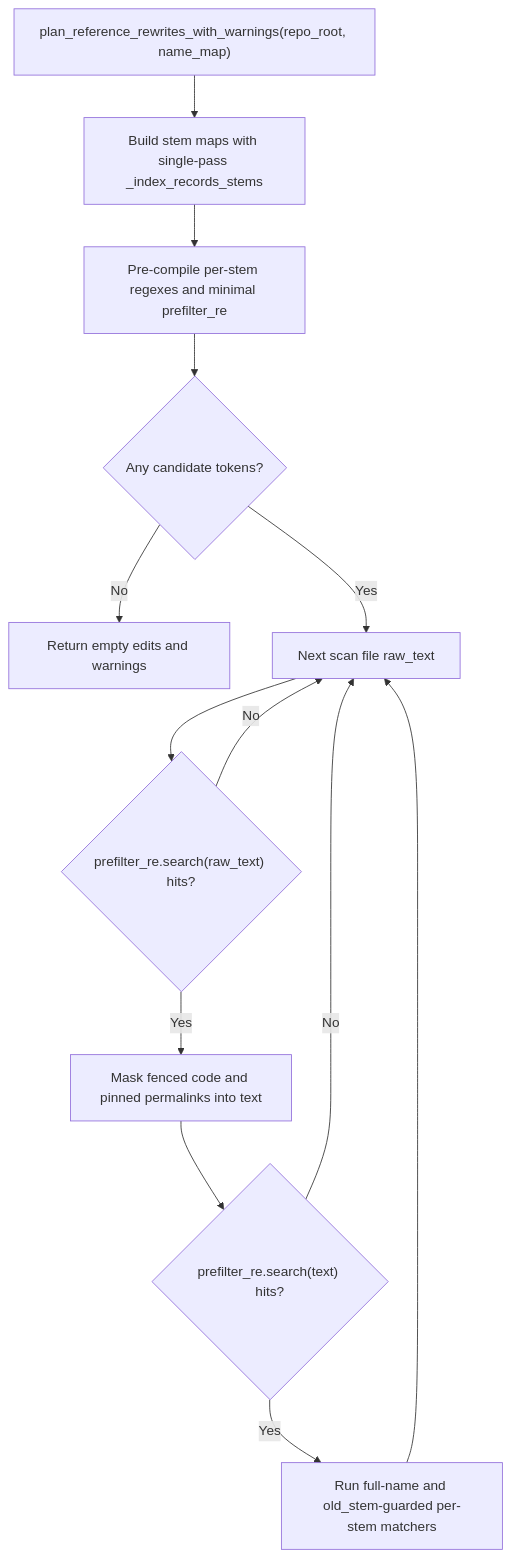
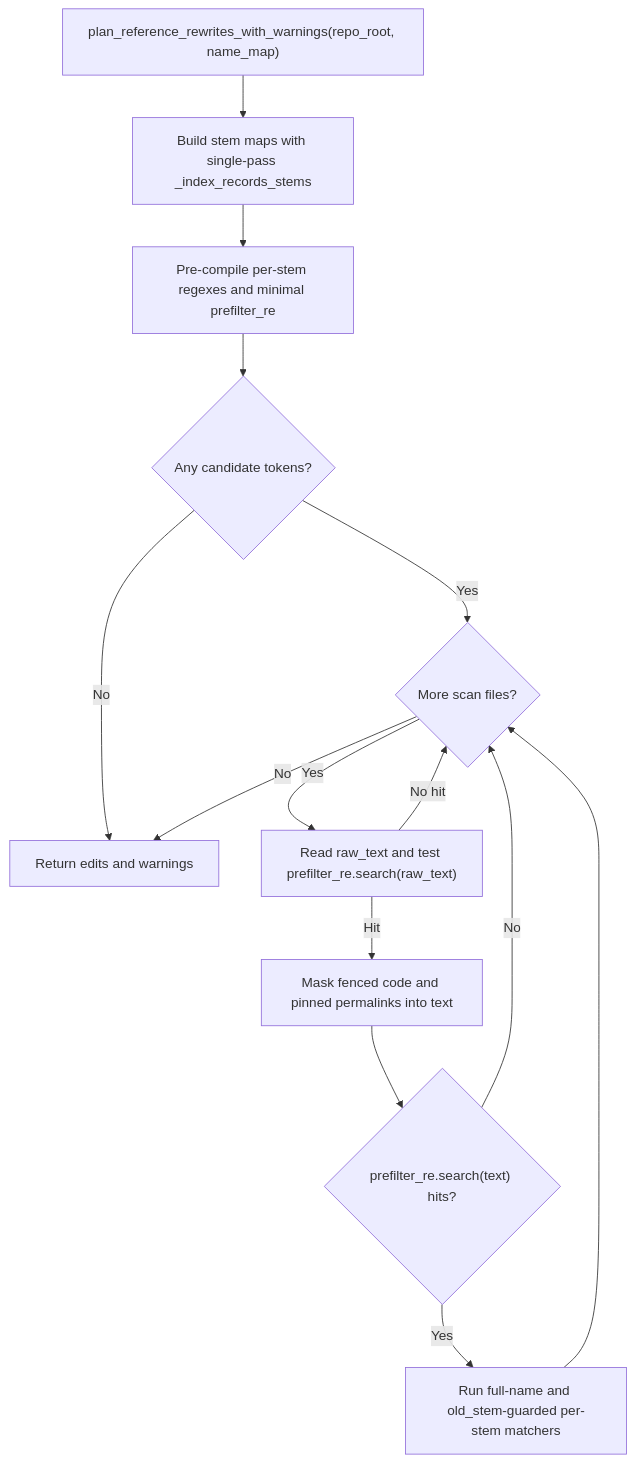
One commit to fariello/agent-workflows changed the second of 3 diagrams in .aw/records/plans/pending/20261119-e49gzt-01-n2bfd4-optimize-m0001-rename-id-minting-citation-scan-prefiltering.ipd.md. Above: the diagram before and after it, drawn with Mermaid. The commit also changed other lines of this file, not shown here.

````diff
--- a/.aw/records/plans/pending/20261119-e49gzt-01-n2bfd4-optimize-m0001-rename-id-minting-citation-scan-prefiltering.ipd.md
+++ b/.aw/records/plans/pending/20261119-e49gzt-01-n2bfd4-optimize-m0001-rename-id-minting-citation-scan-prefiltering.ipd.md
@@ -130,15 +136,16 @@
 ```mermaid
 flowchart TD
     A["plan_reference_rewrites_with_warnings(repo_root, name_map)"] --> B["Build stem maps with single-pass _index_records_stems"]
     B --> C["Pre-compile per-stem regexes and minimal prefilter_re"]
     C --> D{"Any candidate tokens?"}
-    D -->|No| Z["Return empty edits and warnings"]
-    D -->|Yes| E["Next scan file raw_text"]
-    E --> F{"prefilter_re.search(raw_text) hits?"}
-    F -->|No| E
-    F -->|Yes| G["Mask fenced code and pinned permalinks into text"]
+    D -->|No| Z["Return edits and warnings"]
+    D -->|Yes| E{"More scan files?"}
+    E -->|No| Z
+    E -->|Yes| F["Read raw_text and test prefilter_re.search(raw_text)"]
+    F -->|No hit| E
+    F -->|Hit| G["Mask fenced code and pinned permalinks into text"]
     G --> H{"prefilter_re.search(text) hits?"}
     H -->|No| E
     H -->|Yes| I["Run full-name and old_stem-guarded per-stem matchers"]
     I --> E
 ```
````
